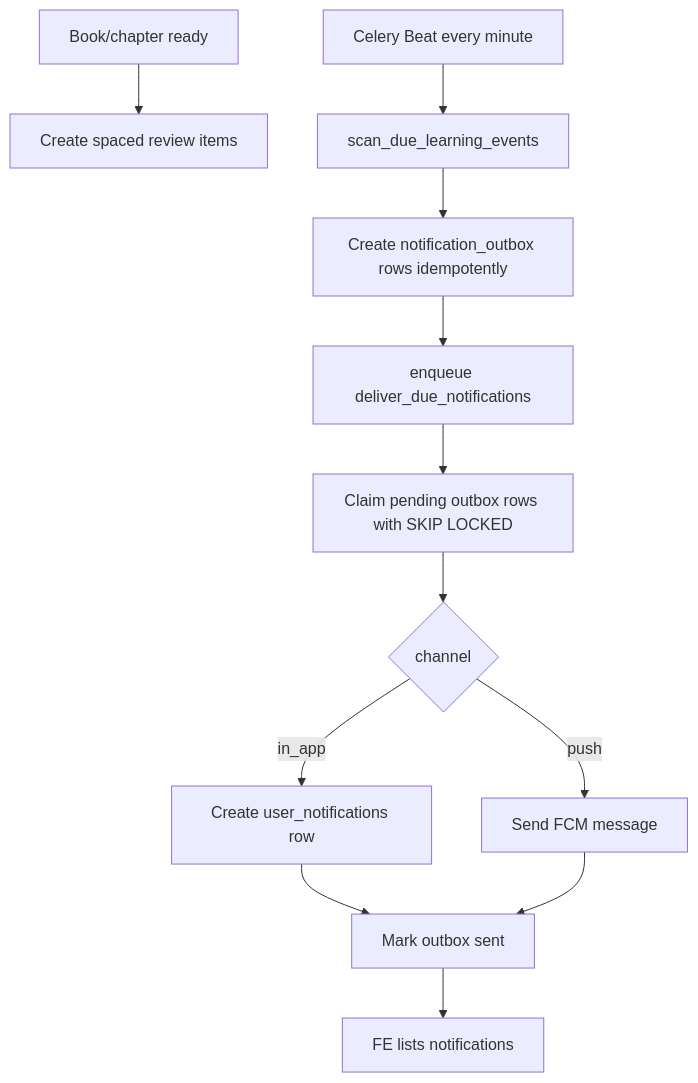
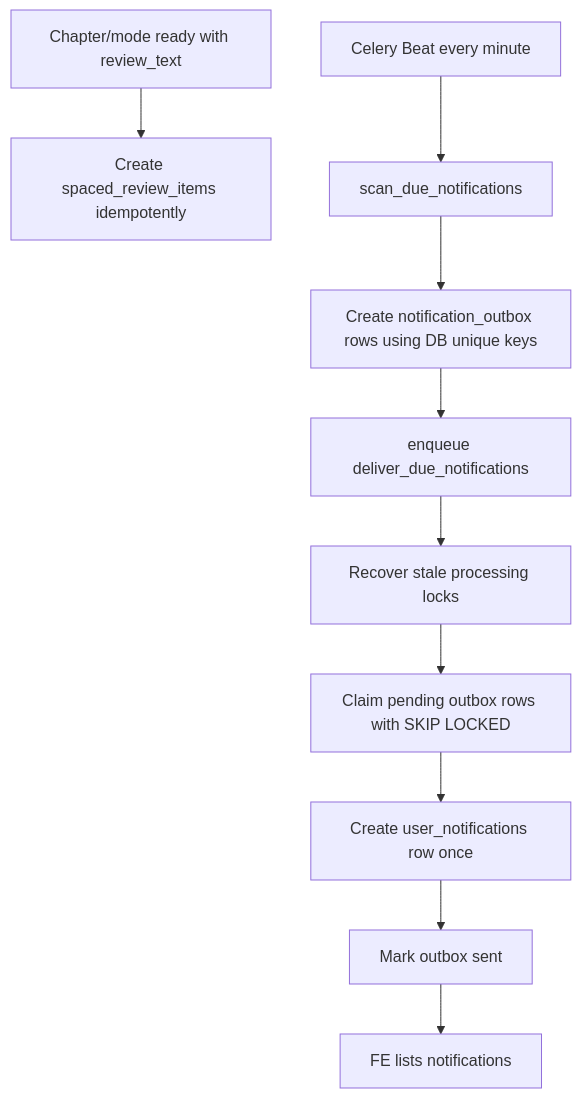
Before and after one commit to KhoaSinno/triam-backend: the first of 2 diagrams in _docs_implemented/phase_4_notification_outbox_celery_beat_implementation_guide.md, drawn with Mermaid. The commit also changed other lines of this file and 32 other files, not shown here.

Commit message:
feat phase 4 v1:  implement notification learning system with mock logic test notice in app

````diff
--- a/_docs_implemented/phase_4_notification_outbox_celery_beat_implementation_guide.md
+++ b/_docs_implemented/phase_4_notification_outbox_celery_beat_implementation_guide.md
@@ -162,14 +203,12 @@
 ```mermaid
 flowchart TD
-    A["Book/chapter ready"] --> B["Create spaced review items"]
-    C["Celery Beat every minute"] --> D["scan_due_learning_events"]
-    D --> E["Create notification_outbox rows idempotently"]
+    A["Chapter/mode ready with review_text"] --> B["Create spaced_review_items idempotently"]
+    C["Celery Beat every minute"] --> D["scan_due_notifications"]
+    D --> E["Create notification_outbox rows using DB unique keys"]
     E --> F["enqueue deliver_due_notifications"]
-    F --> G["Claim pending outbox rows with SKIP LOCKED"]
-    G --> H{"channel"}
-    H -->|in_app| I["Create user_notifications row"]
-    H -->|push| J["Send FCM message"]
-    I --> K["Mark outbox sent"]
-    J --> K
-    K --> L["FE lists notifications"]
+    F --> G["Recover stale processing locks"]
+    G --> H["Claim pending outbox rows with SKIP LOCKED"]
+    H --> I["Create user_notifications row once"]
+    I --> J["Mark outbox sent"]
+    J --> K["FE lists notifications"]
 ```
````
